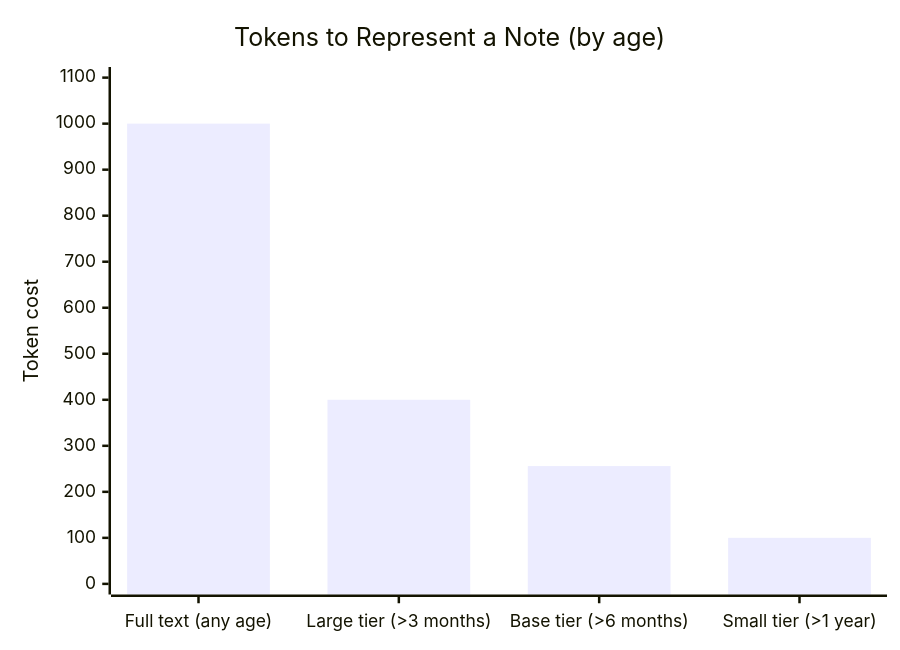
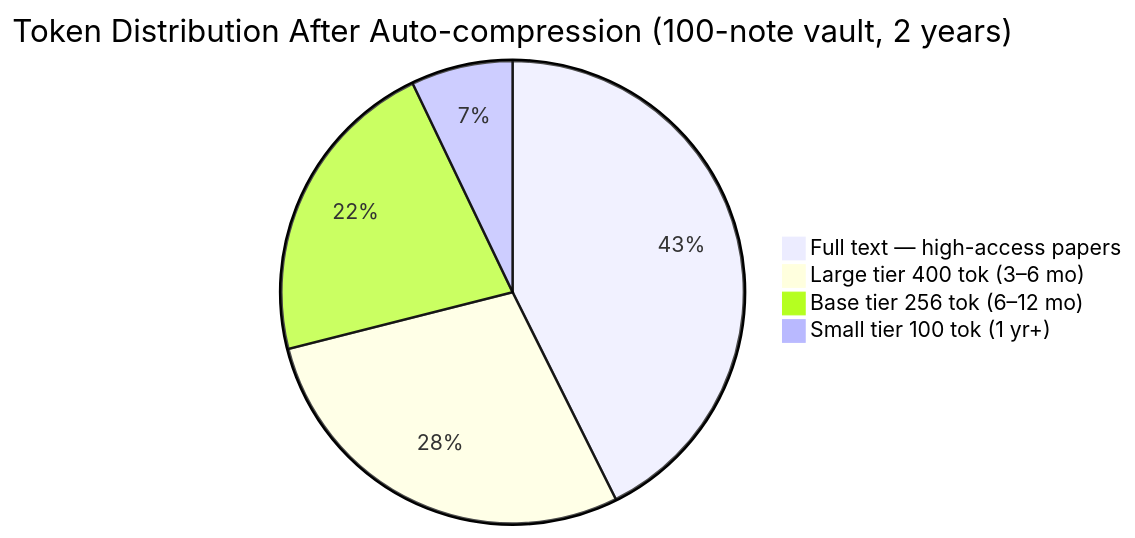
One commit to ddmanyes/second-brain-mcp changed the second of 3 diagrams in README.md. Above: the diagram before and after it, drawn with Mermaid. The commit also changed other lines of this file, not shown here.

First line of the commit message:
docs: fix Mermaid compatibility (remove xychart-beta and quadrantChart)

````diff
--- a/README.md
+++ b/README.md
@@ -129,7 +150,7 @@
 ```mermaid
-xychart-beta
-    title "Tokens to Represent a Note (by age)"
-    x-axis ["Full text (any age)", "Large tier (>3 months)", "Base tier (>6 months)", "Small tier (>1 year)"]
-    y-axis "Token cost" 0 --> 1100
-    bar [1000, 400, 256, 100]
+pie title Token Distribution After Auto-compression (100-note vault, 2 years)
+    "Full text — high-access papers" : 15000
+    "Large tier  400 tok  (3–6 mo)" : 10000
+    "Base tier   256 tok  (6–12 mo)" : 7680
+    "Small tier  100 tok  (1 yr+)" : 2500
 ```
````
